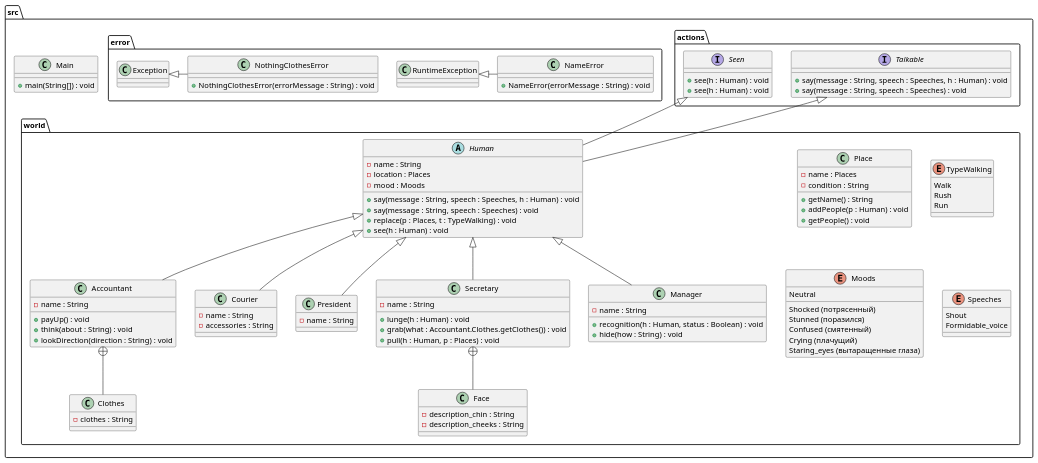
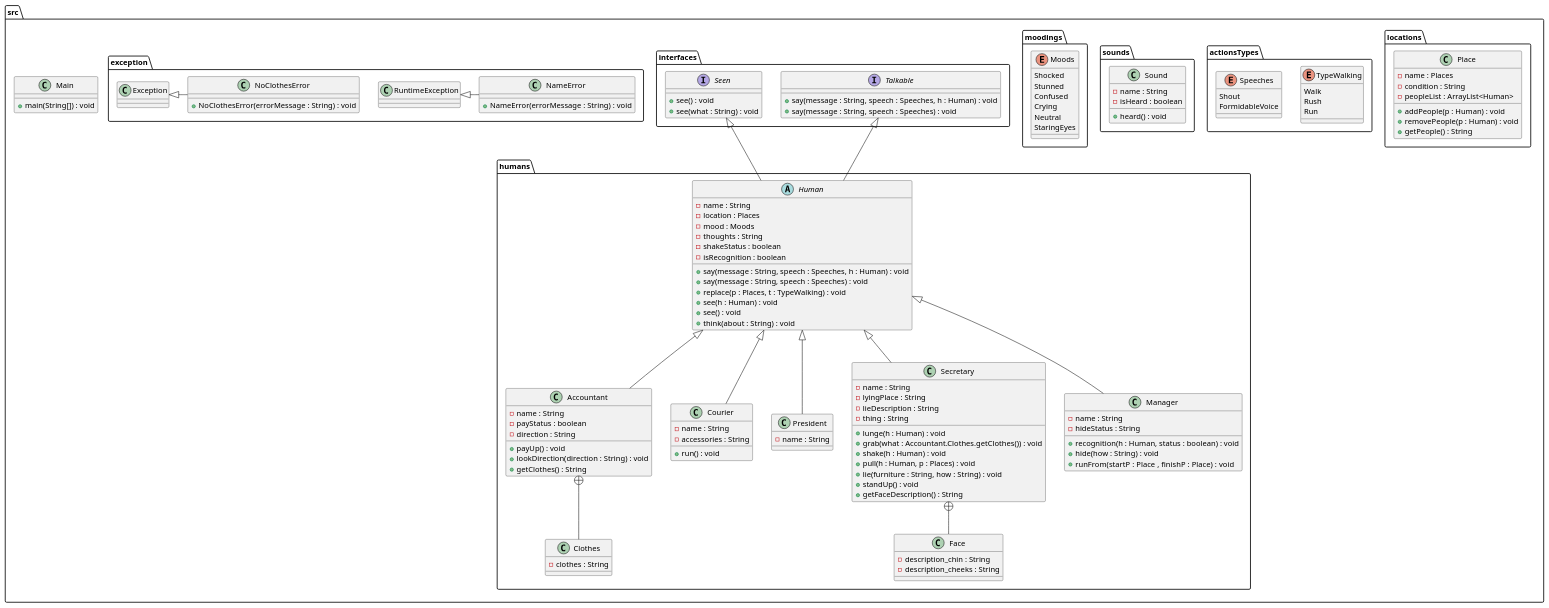
The diagram in src/lab.puml (misha259/Laba3_4), drawn with PlantUML before and after one commit. The commit also changed 11 other files, not shown here.

```diff
--- a/src/lab.puml
+++ b/src/lab.puml
@@ -1,165 +1,181 @@
 @startuml
 
-package src.world{
+package src.humans{
 
 abstract class Human
 {
 	-name : String
 	-location : Places
 	-mood : Moods
+	-thoughts : String
+	-shakeStatus : boolean
+	-isRecognition : boolean
     +say(message : String, speech : Speeches, h : Human) : void
     +say(message : String, speech : Speeches) : void
     +replace(p : Places, t : TypeWalking) : void
 	+see(h : Human) : void
+	+see() : void
+	+think(about : String) : void
 }
 
 class Accountant
 {
     -name : String
+    -payStatus : boolean
+    -direction : String
     +payUp() : void
-    +think(about : String) : void
     +lookDirection(direction : String) : void
+    +getClothes() : String
 }
 
 class Clothes
 {
     -clothes : String
 }
 
 class Courier
 {
     -name : String
     -accessories : String
+    +run() : void
 }
 
 class President
 {
     -name : String
 }
 
 class Secretary
 {
     -name : String
+    -lyingPlace : String
+    -lieDescription : String
+    -thing : String
     +lunge(h : Human) : void
     +grab(what : Accountant.Clothes.getClothes()) : void
+    +shake(h : Human) : void
     +pull(h : Human, p : Places) : void
+    +lie(furniture : String, how : String) : void
+    +standUp() : void
+    +getFaceDescription() : String
 }
 
 class Face {
     -description_chin : String
     -description_cheeks : String
 }
 class Manager
 {
     -name : String
-    +recognition(h : Human, status : Boolean) : void
+    -hideStatus : String
+    +recognition(h : Human, status : boolean) : void
     +hide(how : String) : void
+    +runFrom(startP : Place , finishP :  Place) : void
 }
 
-
+}
+package src.locations{
 class Place
 {
     -name : Places
     -condition : String
-    +getName() : String
+    -peopleList : ArrayList<Human>
     +addPeople(p : Human) : void
-    +getPeople() : void
-
+    +removePeople(p : Human) : void
+    +getPeople() : String
 }
-
-'enum Places
-'{
-'Street
-'Building
-'Hall
-'Chancellery
-'Secretary_room
-'Chairman_office
-'Door
-'}
-
+}
+package src.actionsTypes{
 enum TypeWalking
 {
 Walk
 Rush
 Run
 }
 
-enum Moods
-{
-Shocked (потрясенный)
-Stunned (поразился)
-Confused (смятенный)
-Crying (плачущий)
-Neutral
-Staring_eyes (вытаращенные глаза)
-}
-
 enum Speeches
 {
 Shout
-Formidable_voice
+FormidableVoice
 }
 
 }
+package src.sounds{
 
-package src.actions{
+class Sound {
+-name : String
+-isHeard : boolean
++heard() : void
+}
+}
+
+package src.moodings{
+enum Moods
+{
+Shocked
+Stunned
+Confused
+Crying
+Neutral
+StaringEyes
+}
 
 
-
+}
+package src.interfaces{
 interface Talkable
 {
 +say(message : String, speech : Speeches, h : Human) : void
 +say(message : String, speech : Speeches) : void
 }
 
 interface Seen
 {
-+see(h : Human) : void
-+see(h : Human) : void
++see() : void
++see(what : String) : void
 }
 
 
 }
 package src {
 class Main
 {
 +main(String[]) : void
 }
 }
 
-package src.error {
+package src.exception {
 
 class RuntimeException {}
 class Exception {}
 class NameError {
     +NameError(errorMessage : String) : void
 }
-class NothingClothesError {
-    +NothingClothesError(errorMessage : String) : void
+class NoClothesError {
+    +NoClothesError(errorMessage : String) : void
 }
 }
 RuntimeException <|- NameError
-Exception <|- NothingClothesError
+Exception <|- NoClothesError
 
 'Talkable <|-- Human
 
 
 
 Human <|-- Courier
 Human <|-- Accountant
 Human <|-- President
 Human <|-- Secretary
 Human <|-- Manager
 
 Secretary +-- Face
 Accountant +-- Clothes
 
 Seen <|-- Human
 Talkable <|-- Human
 
 
 
 
 
 @enduml
```
